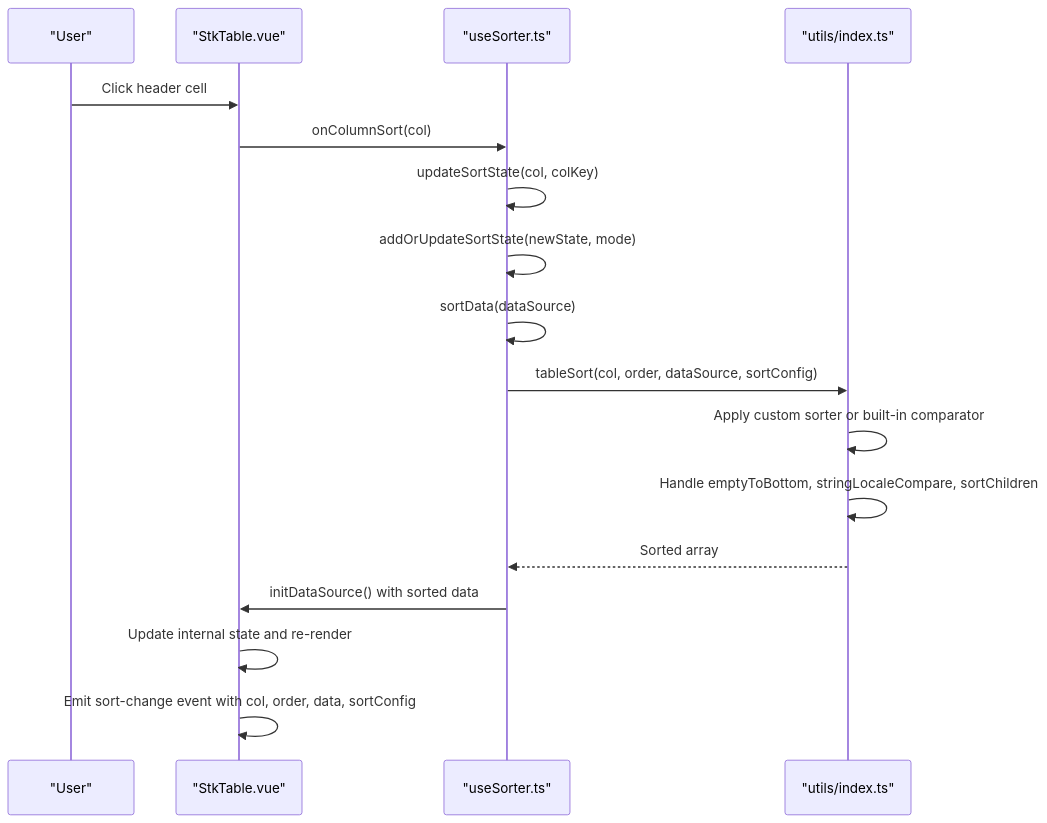
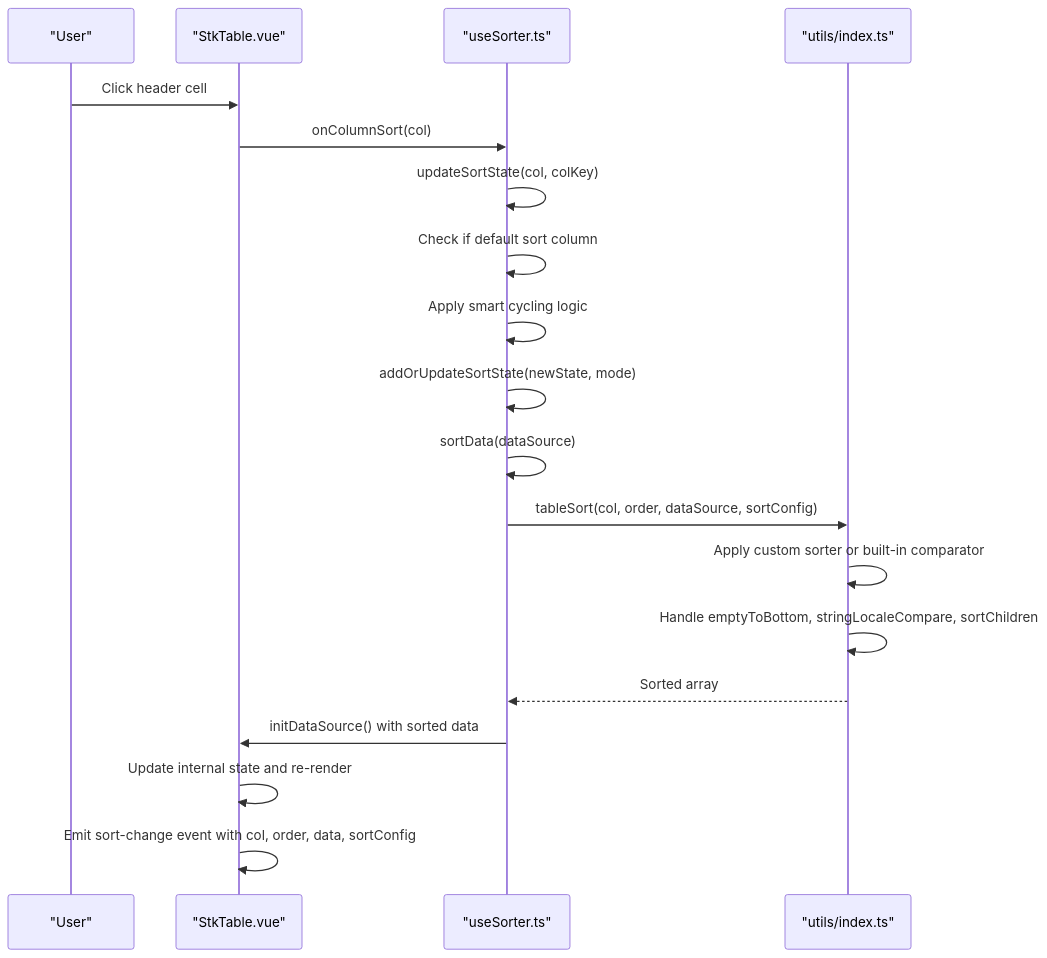
The second of 11 diagrams in .qoder/repowiki/en/content/Advanced Features/Advanced Sorting/Advanced Sorting.md (ja-plus/stk-table-vue), drawn with Mermaid before and after one commit. The commit also changed other lines of this file and 3 other files, not shown here.

````diff
--- a/.qoder/repowiki/en/content/Advanced Features/Advanced Sorting/Advanced Sorting.md
+++ b/.qoder/repowiki/en/content/Advanced Features/Advanced Sorting/Advanced Sorting.md
@@ -119,19 +131,21 @@
 ```mermaid
 sequenceDiagram
 participant User as "User"
 participant Table as "StkTable.vue"
 participant Hook as "useSorter.ts"
 participant Util as "utils/index.ts"
 User->>Table : Click header cell
 Table->>Hook : onColumnSort(col)
 Hook->>Hook : updateSortState(col, colKey)
+Hook->>Hook : Check if default sort column
+Hook->>Hook : Apply smart cycling logic
 Hook->>Hook : addOrUpdateSortState(newState, mode)
 Hook->>Hook : sortData(dataSource)
 Hook->>Util : tableSort(col, order, dataSource, sortConfig)
 Util->>Util : Apply custom sorter or built-in comparator
 Util->>Util : Handle emptyToBottom, stringLocaleCompare, sortChildren
 Util-->>Hook : Sorted array
 Hook->>Table : initDataSource() with sorted data
 Table->>Table : Update internal state and re-render
 Table->>Table : Emit sort-change event with col, order, data, sortConfig
 ```
````
